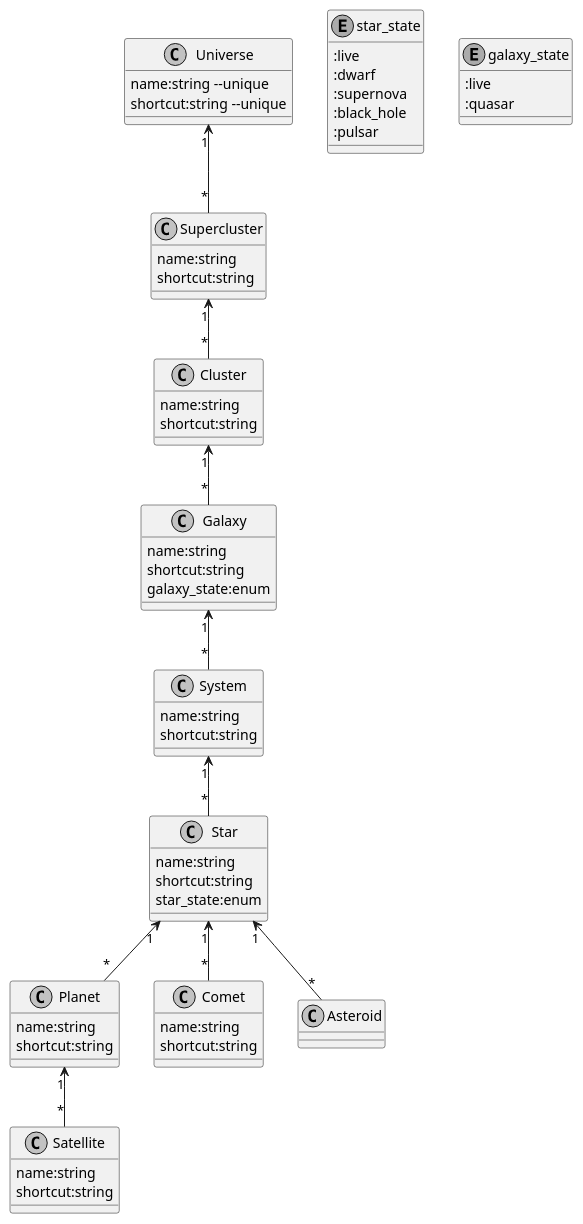
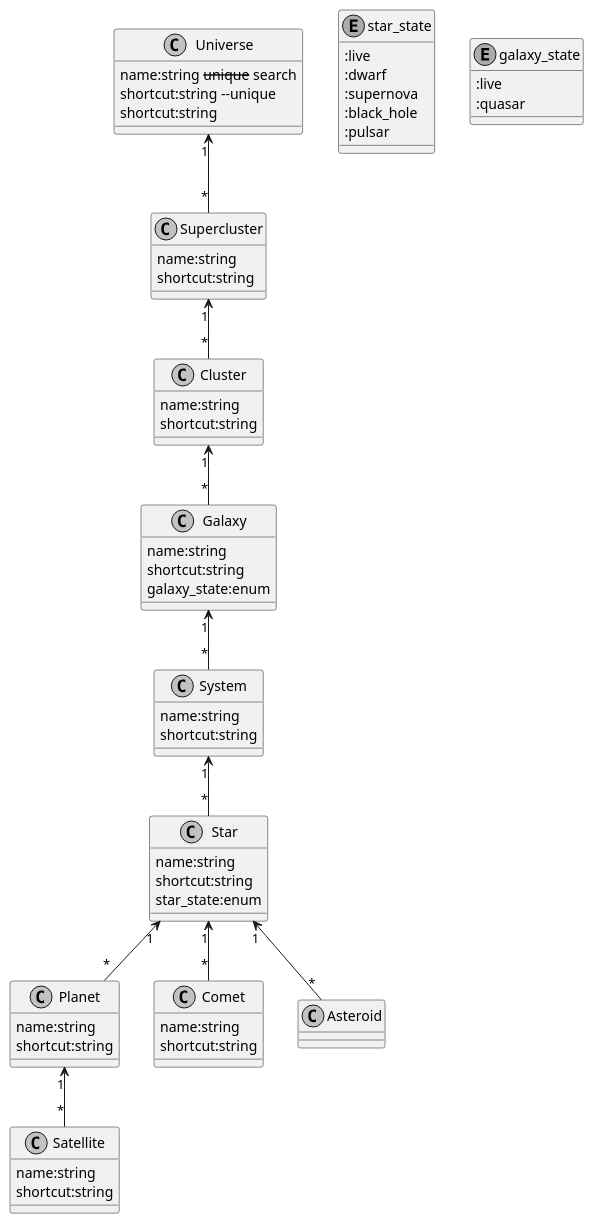
Before and after one commit to jrcech/rails_template: the first of 2 diagrams in docs/test.md, drawn with PlantUML. The commit also changed 1 other file, not shown here.

Commit message:
Add flags to parser

```diff
--- a/docs/test.md
+++ b/docs/test.md
@@ -5,8 +5,9 @@
 skinparam shadowing false
 
 class Universe {
-  name:string --unique
+  name:string --unique --search
   shortcut:string --unique
+  shortcut:string
 }
 
 class Supercluster {
```
